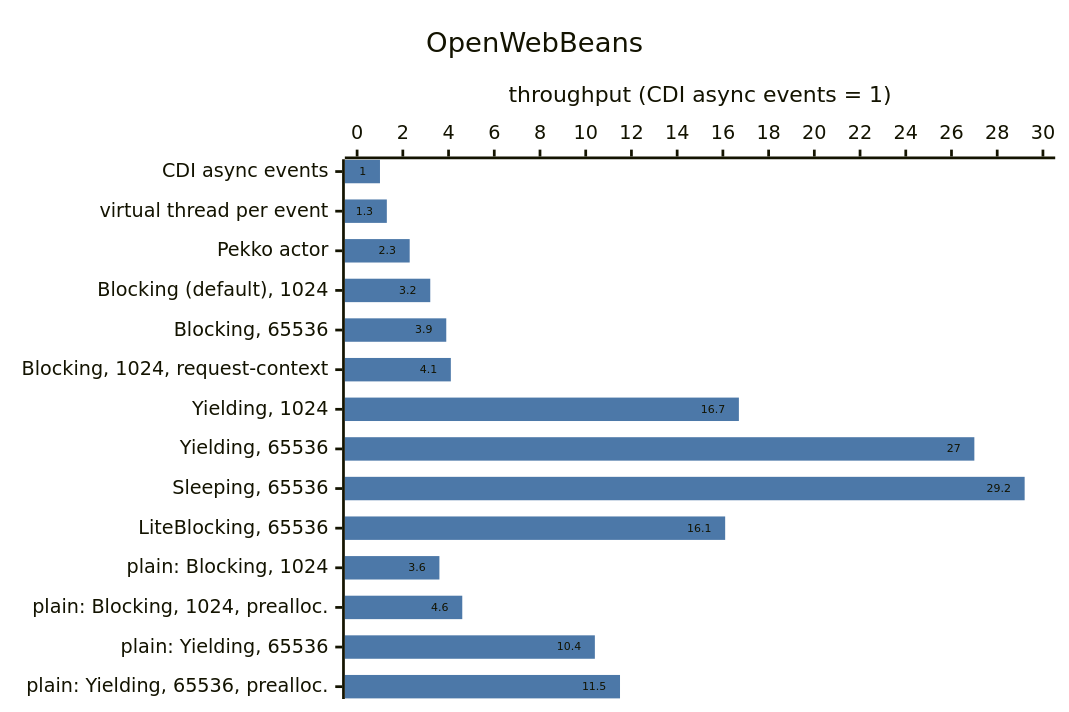
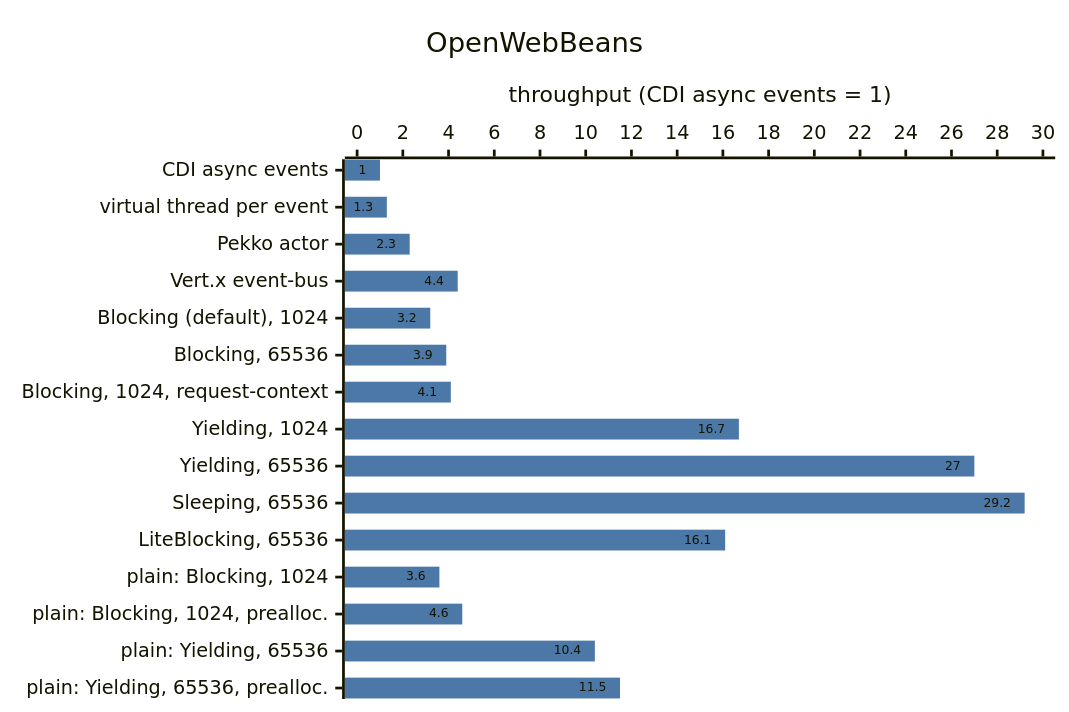
Before and after one commit to os890/cdi-disruptor-addon: the fourth of 4 diagrams in README.md, drawn with Mermaid. The commit also changed other lines of this file, not shown here.

First line of the commit message:
Add the Eclipse Vert.x event-bus to the README performance results

````diff
--- a/README.md
+++ b/README.md
@@ -319,16 +323,16 @@
 ```mermaid
 ---
 config:
   xyChart:
     width: 760
     showDataLabel: true
   themeVariables:
     xyChart:
       plotColorPalette: "#4C78A8"
 ---
 xychart-beta horizontal
     title "OpenWebBeans"
-    x-axis ["CDI async events", "virtual thread per event", "Pekko actor", "Blocking (default), 1024", "Blocking, 65536", "Blocking, 1024, request-context", "Yielding, 1024", "Yielding, 65536", "Sleeping, 65536", "LiteBlocking, 65536", "plain: Blocking, 1024", "plain: Blocking, 1024, prealloc.", "plain: Yielding, 65536", "plain: Yielding, 65536, prealloc."]
+    x-axis ["CDI async events", "virtual thread per event", "Pekko actor", "Vert.x event-bus", "Blocking (default), 1024", "Blocking, 65536", "Blocking, 1024, request-context", "Yielding, 1024", "Yielding, 65536", "Sleeping, 65536", "LiteBlocking, 65536", "plain: Blocking, 1024", "plain: Blocking, 1024, prealloc.", "plain: Yielding, 65536", "plain: Yielding, 65536, prealloc."]
     y-axis "throughput (CDI async events = 1)" 0 --> 30
-    bar [1.0, 1.3, 2.3, 3.2, 3.9, 4.1, 16.7, 27.0, 29.2, 16.1, 3.6, 4.6, 10.4, 11.5]
+    bar [1.0, 1.3, 2.3, 4.4, 3.2, 3.9, 4.1, 16.7, 27.0, 29.2, 16.1, 3.6, 4.6, 10.4, 11.5]
 ```
````
